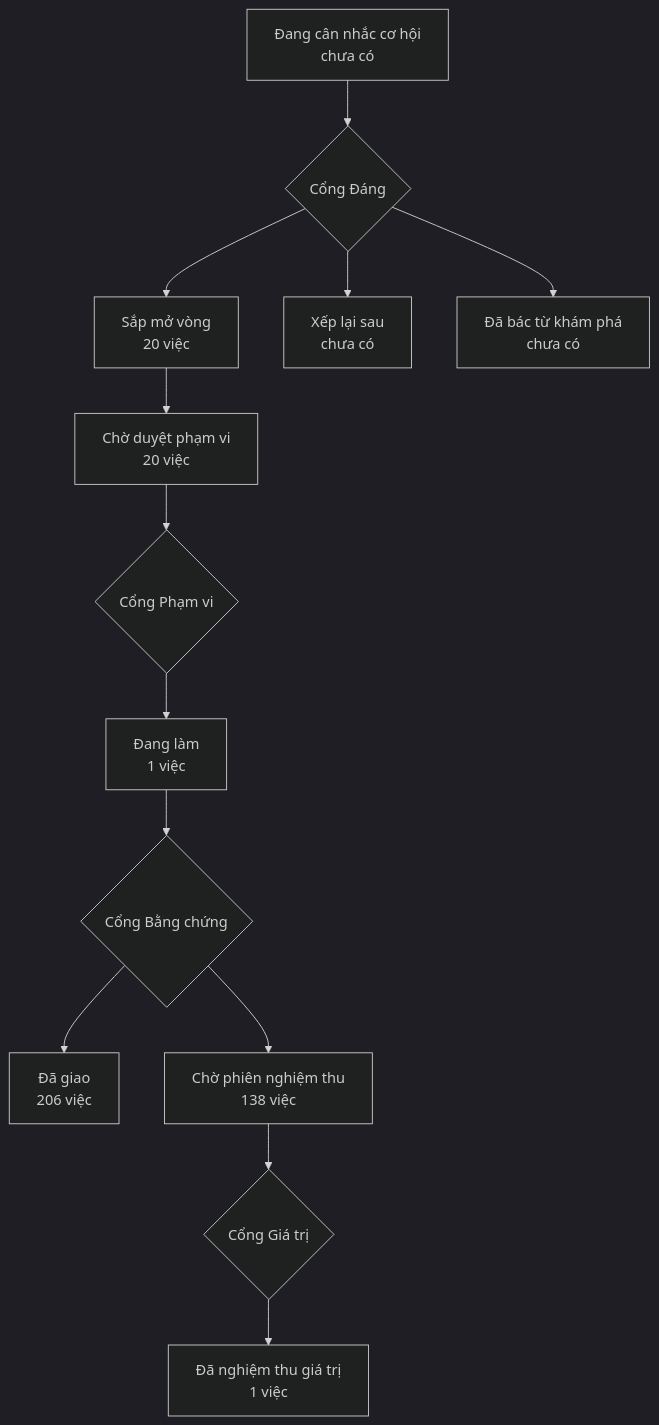
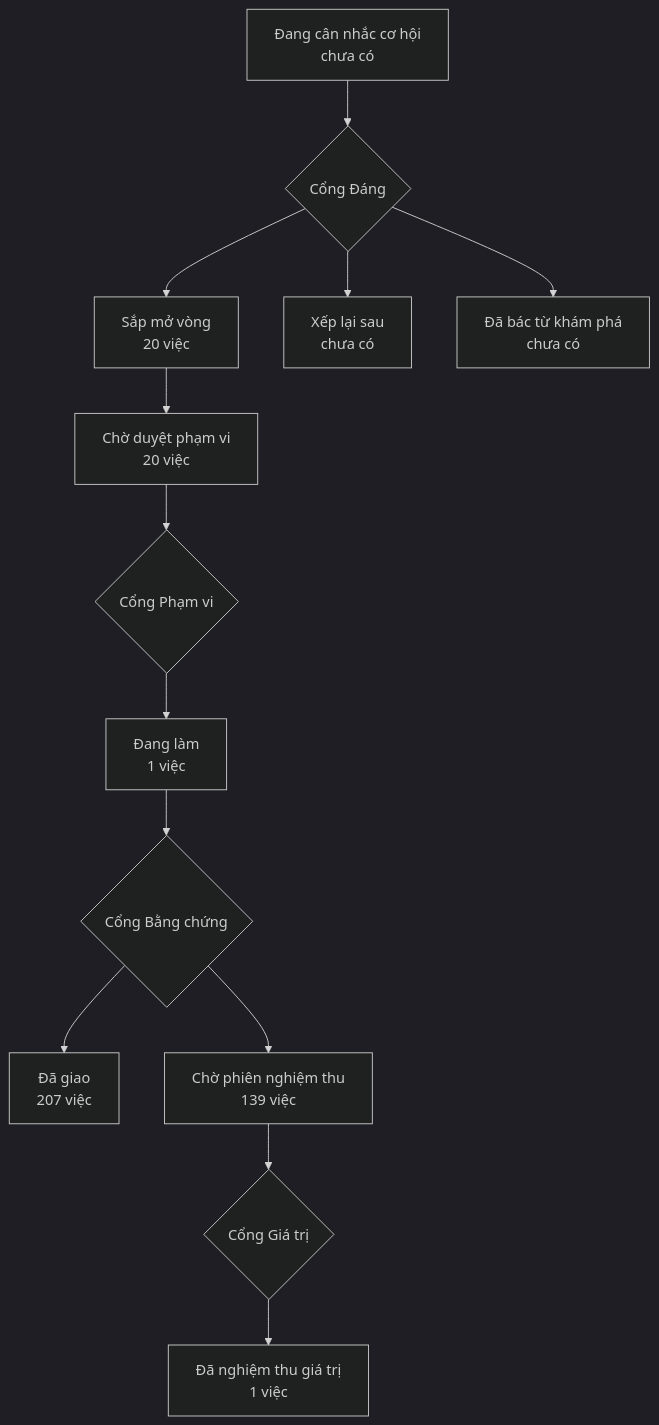
Before and after one commit to phanlemanh/onehub-invest: the diagram in PRODUCT-MAP.md, drawn with Mermaid (dark theme). The commit also changed other lines of this file and 1 other file, not shown here.

Commit message:
chore: vẽ lại PRODUCT-MAP, LO-TRINH sau khi nhận main a60adccb8

````diff
--- a/PRODUCT-MAP.md
+++ b/PRODUCT-MAP.md
@@ -7,12 +7,12 @@
 ```mermaid
 flowchart TD
   A["Đang cân nhắc cơ hội<br/>chưa có"] --> GD{"Cổng Đáng"}
   GD --> B["Sắp mở vòng<br/>20 việc"]
   GD --> XL["Xếp lại sau<br/>chưa có"]
   GD --> DB["Đã bác từ khám phá<br/>chưa có"]
   B --> CD["Chờ duyệt phạm vi<br/>20 việc"] --> GP{"Cổng Phạm vi"}
   GP --> DL["Đang làm<br/>1 việc"] --> GB{"Cổng Bằng chứng"}
-  GB --> DG["Đã giao<br/>206 việc"]
-  GB --> CN["Chờ phiên nghiệm thu<br/>138 việc"] --> GG{"Cổng Giá trị"}
+  GB --> DG["Đã giao<br/>207 việc"]
+  GB --> CN["Chờ phiên nghiệm thu<br/>139 việc"] --> GG{"Cổng Giá trị"}
   GG --> NT["Đã nghiệm thu giá trị<br/>1 việc"]
 ```
````
